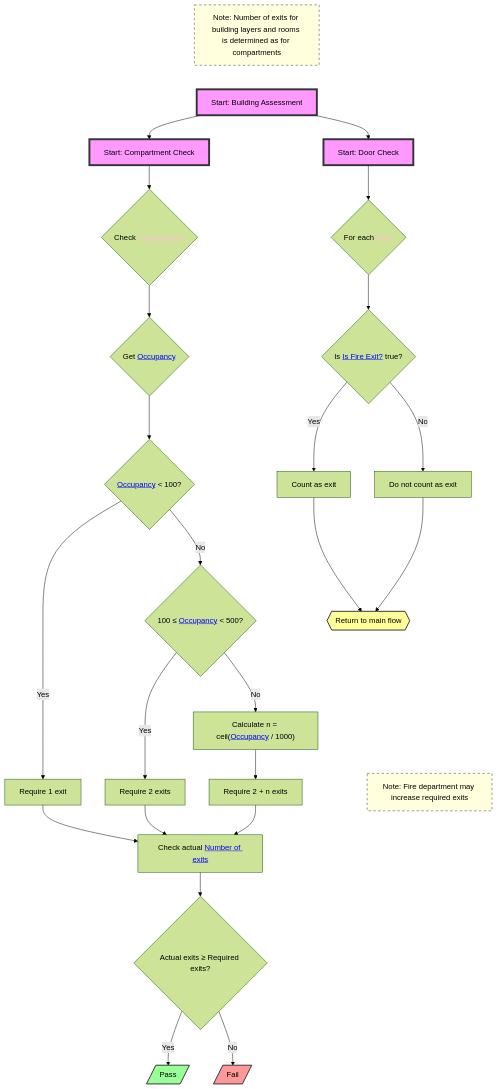
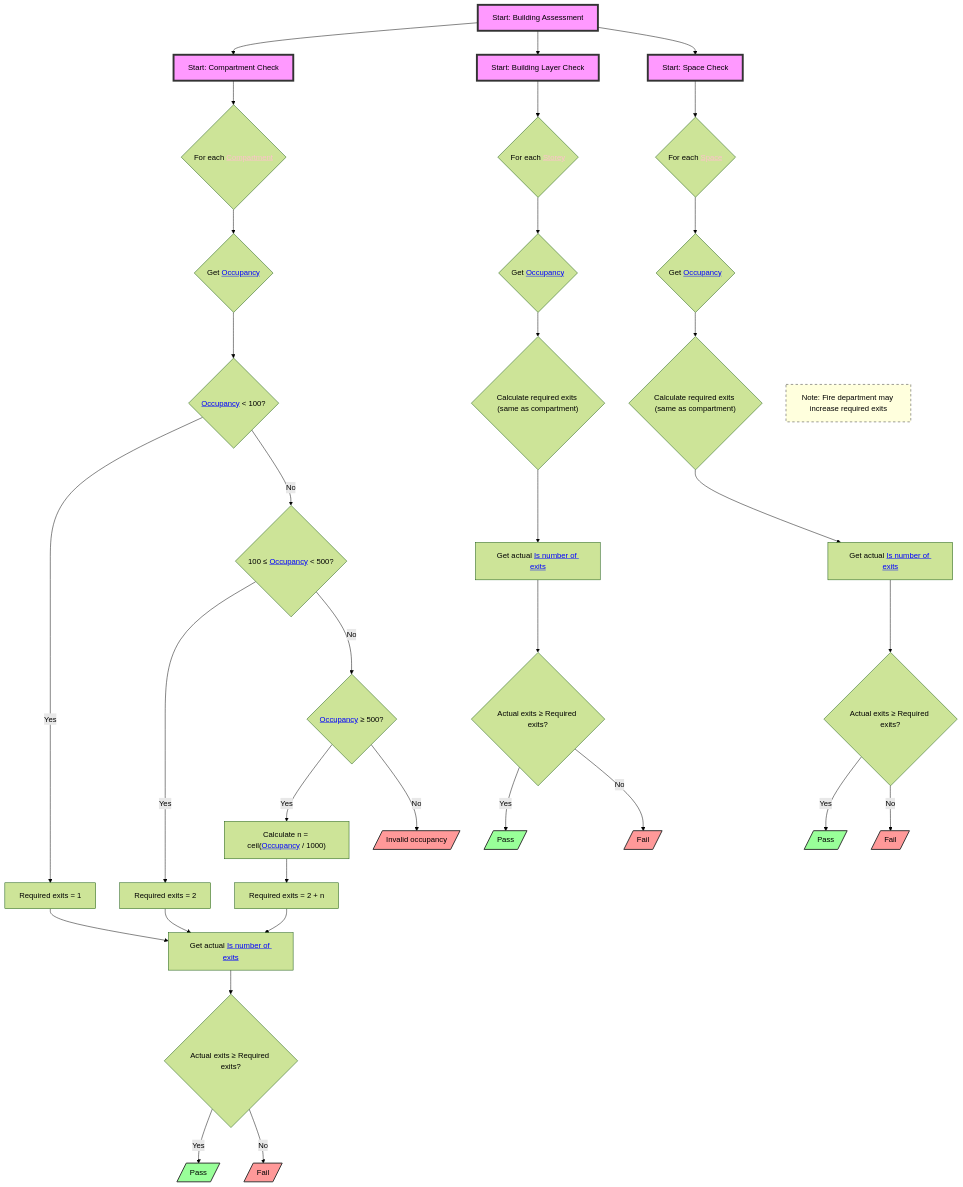
The diagram in mmddiagrams/section_2_2_1.mmd (CedricDriesen92/RulebookProcessing), drawn with Mermaid (forest theme) before and after one commit. The commit also changed 27 other files, not shown here.

```diff
--- a/mmddiagrams/section_2_2_1.mmd
+++ b/mmddiagrams/section_2_2_1.mmd
@@ -1,37 +1,47 @@
 flowchart TD
-    A["Start: Building Assessment"] --> S1["Start: Compartment Check"] & S2["Start: Door Check"]
-    S1 --> B{"Check <a href='http://example.com/firebimbuilding#Compartment' style='color:pink;'>Compartment</a>"}
+    A["Start: Building Assessment"] --> S1["Start: Compartment Check"] & S2["Start: Building Layer Check"] & S3["Start: Space Check"]
+    S1 --> B{"For each <a href='http://example.com/firebimbuilding#Compartment' style='color:pink;'>Compartment</a>"}
     B --> C{"Get <a href='http://example.com/firebimbuilding#Occupancy' style='color:blue;'>Occupancy</a>"}
-    C --> D{"<a href='http://example.com/firebimbuilding#Occupancy' style='color:blue;'>Occupancy</a> &lt; 100?"}
-    D -- Yes --> E["Require 1 exit"]
-    D -- No --> F{"100 ≤ <a href='http://example.com/firebimbuilding#Occupancy' style='color:blue;'>Occupancy</a> &lt; 500?"}
-    F -- Yes --> G["Require 2 exits"]
-    F -- No --> I["Calculate n = ceil(<a href='http://example.com/firebimbuilding#Occupancy' style='color:blue;'>Occupancy</a> / 1000)"]
-    I --> J["Require 2 + n exits"]
-    E --> L["Check actual <a href='http://example.com/firebimbuilding#NumberOfExits' style='color:blue;'>Number of exits</a>"]
-    G --> L
-    J --> L
+    C --> D{"<a href='http://example.com/firebimbuilding#Occupancy' style='color:blue;'>Occupancy</a> < 100?"}
+    D -- Yes --> E["Required exits = 1"]
+    D -- No --> F{"100 ≤ <a href='http://example.com/firebimbuilding#Occupancy' style='color:blue;'>Occupancy</a> < 500?"}
+    F -- Yes --> G["Required exits = 2"]
+    F -- No --> H{"<a href='http://example.com/firebimbuilding#Occupancy' style='color:blue;'>Occupancy</a> ≥ 500?"}
+    H -- Yes --> I["Calculate n = ceil(<a href='http://example.com/firebimbuilding#Occupancy' style='color:blue;'>Occupancy</a> / 1000)"]
+    I --> J["Required exits = 2 + n"]
+    H -- No --> K[/"Invalid occupancy"/]
+    E & G & J --> L["Get actual <a href='http://example.com/firebimbuilding#IsNumberOfExits' style='color:blue;'>Is number of exits</a>"]
     L --> M{"Actual exits ≥ Required exits?"}
     M -- Yes --> N[/"Pass"/]
     M -- No --> O[/"Fail"/]
-    S2 --> T{"For each <a href='http://example.com/firebimbuilding#Door' style='color:pink;'>Door</a>"}
-    T --> U{"Is <a href='http://example.com/firebimbuilding#IsFireExit' style='color:blue;'>Is Fire Exit?</a> true?"}
-    U -- Yes --> V["Count as exit"]
-    U -- No --> W["Do not count as exit"]
-    V --> X{{"Return to main flow"}}
-    W --> X
-    P["Note: Fire department may increase required exits"] ~~~ L
-    Q["Note: Number of exits for building layers and rooms is determined as for compartments"] ~~~ A
+    S2 --> P{"For each <a href='http://example.com/firebimbuilding#Storey' style='color:pink;'>Storey</a>"}
+    P --> Q{"Get <a href='http://example.com/firebimbuilding#Occupancy' style='color:blue;'>Occupancy</a>"}
+    Q --> R{"Calculate required exits (same as compartment)"}
+    R --> S["Get actual <a href='http://example.com/firebimbuilding#IsNumberOfExits' style='color:blue;'>Is number of exits</a>"]
+    S --> T{"Actual exits ≥ Required exits?"}
+    T -- Yes --> U[/"Pass"/]
+    T -- No --> V[/"Fail"/]
+    S3 --> W{"For each <a href='http://example.com/firebimbuilding#Space' style='color:pink;'>Space</a>"}
+    W --> X{"Get <a href='http://example.com/firebimbuilding#Occupancy' style='color:blue;'>Occupancy</a>"}
+    X --> Y{"Calculate required exits (same as compartment)"}
+    Y --> Z["Get actual <a href='http://example.com/firebimbuilding#IsNumberOfExits' style='color:blue;'>Is number of exits</a>"]
+    Z --> AA{"Actual exits ≥ Required exits?"}
+    AA -- Yes --> AB[/"Pass"/]
+    AA -- No --> AC[/"Fail"/]
+    AD["Note: Fire department may increase required exits"] ~~~ L & S & Z
      A:::startClass
      S1:::startClass
      S2:::startClass
+     S3:::startClass
      N:::passClass
      O:::failClass
-     X:::redirectClass
-     P:::noteClass
-     Q:::noteClass
+     U:::passClass
+     V:::failClass
+     AB:::passClass
+     AC:::failClass
+     K:::failClass
+     AD:::noteClass
     classDef startClass fill:#f9f,stroke:#333,stroke-width:4px
     classDef passClass fill:#9f9,stroke:#333,stroke-width:2px
     classDef failClass fill:#f99,stroke:#333,stroke-width:2px
-    classDef redirectClass fill:#ff9,stroke:#333,stroke-width:2px
     classDef noteClass fill:#ffd,stroke:#333,stroke-width:1px,stroke-dasharray: 5 5
```
